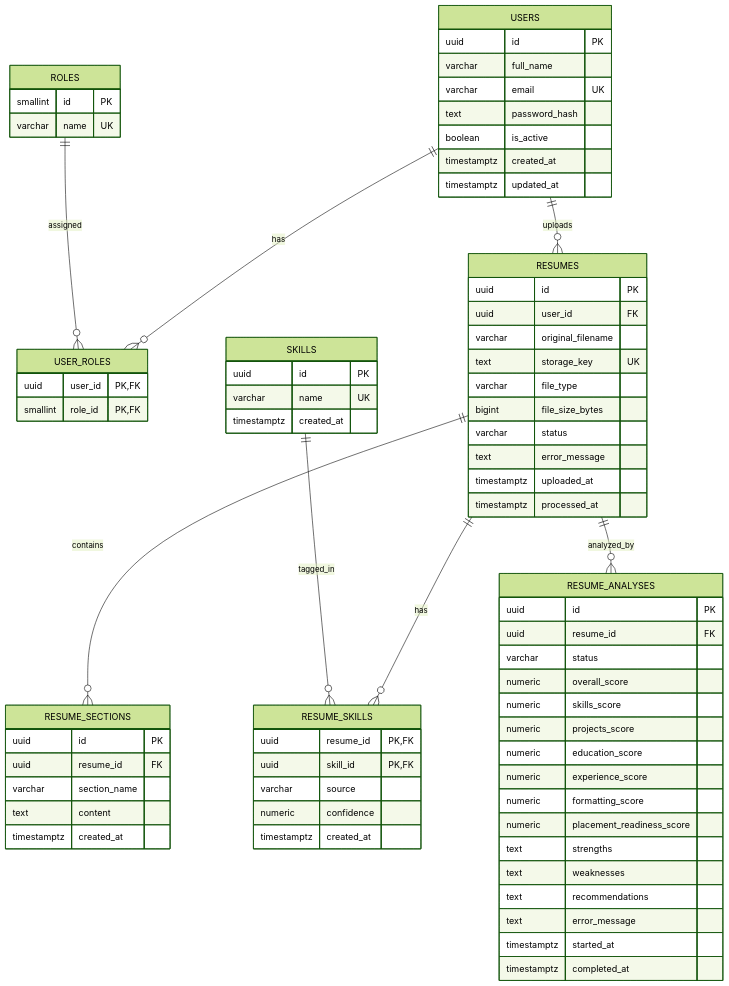
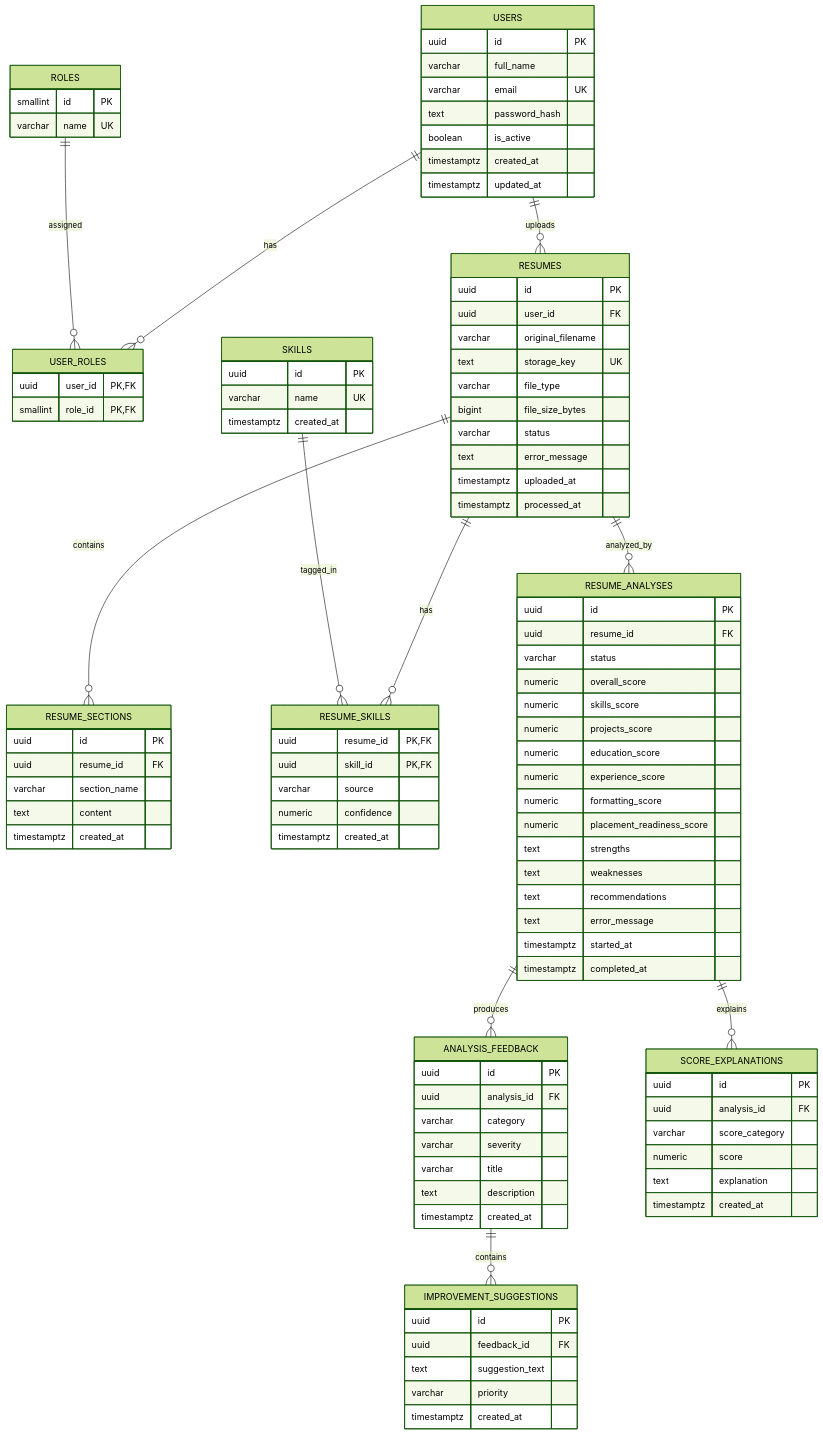
One commit to Tanvii13/Resume-Analyzer-for-College-Placements changed the diagram in database/erd.mmd. Above: the diagram before and after it, drawn with Mermaid (forest theme). The commit also changed 2 other files, not shown here.

Commit message:
Complete Sprint 3 database documentation and schema

```diff
--- a/database/erd.mmd
+++ b/database/erd.mmd
@@ -1,75 +1,113 @@
+
 erDiagram
     USERS ||--o{ USER_ROLES : has
     ROLES ||--o{ USER_ROLES : assigned
     USERS ||--o{ RESUMES : uploads
     RESUMES ||--o{ RESUME_SECTIONS : contains
     RESUMES ||--o{ RESUME_SKILLS : has
     RESUMES ||--o{ RESUME_ANALYSES : analyzed_by
     SKILLS ||--o{ RESUME_SKILLS : tagged_in
+    RESUME_ANALYSES ||--o{ ANALYSIS_FEEDBACK : produces
+    ANALYSIS_FEEDBACK ||--o{ IMPROVEMENT_SUGGESTIONS : contains
+    RESUME_ANALYSES ||--o{ SCORE_EXPLANATIONS : explains
 
     USERS {
         uuid id PK
         varchar full_name
         varchar email UK
         text password_hash
         boolean is_active
         timestamptz created_at
         timestamptz updated_at
     }
+
     ROLES {
         smallint id PK
         varchar name UK
     }
+
     USER_ROLES {
         uuid user_id PK, FK
         smallint role_id PK, FK
     }
+
     RESUMES {
         uuid id PK
         uuid user_id FK
         varchar original_filename
         text storage_key UK
         varchar file_type
         bigint file_size_bytes
         varchar status
         text error_message
         timestamptz uploaded_at
         timestamptz processed_at
     }
+
     RESUME_SECTIONS {
         uuid id PK
         uuid resume_id FK
         varchar section_name
         text content
         timestamptz created_at
     }
+
     SKILLS {
         uuid id PK
         varchar name UK
         timestamptz created_at
     }
+
     RESUME_SKILLS {
         uuid resume_id PK, FK
         uuid skill_id PK, FK
         varchar source
         numeric confidence
         timestamptz created_at
     }
+
     RESUME_ANALYSES {
         uuid id PK
         uuid resume_id FK
         varchar status
         numeric overall_score
         numeric skills_score
         numeric projects_score
         numeric education_score
         numeric experience_score
         numeric formatting_score
         numeric placement_readiness_score
         text strengths
         text weaknesses
         text recommendations
         text error_message
         timestamptz started_at
         timestamptz completed_at
     }
+
+    ANALYSIS_FEEDBACK {
+        uuid id PK
+        uuid analysis_id FK
+        varchar category
+        varchar severity
+        varchar title
+        text description
+        timestamptz created_at
+    }
+
+    IMPROVEMENT_SUGGESTIONS {
+        uuid id PK
+        uuid feedback_id FK
+        text suggestion_text
+        varchar priority
+        timestamptz created_at
+    }
+
+    SCORE_EXPLANATIONS {
+        uuid id PK
+        uuid analysis_id FK
+        varchar score_category
+        numeric score
+        text explanation
+        timestamptz created_at
+    }
```
